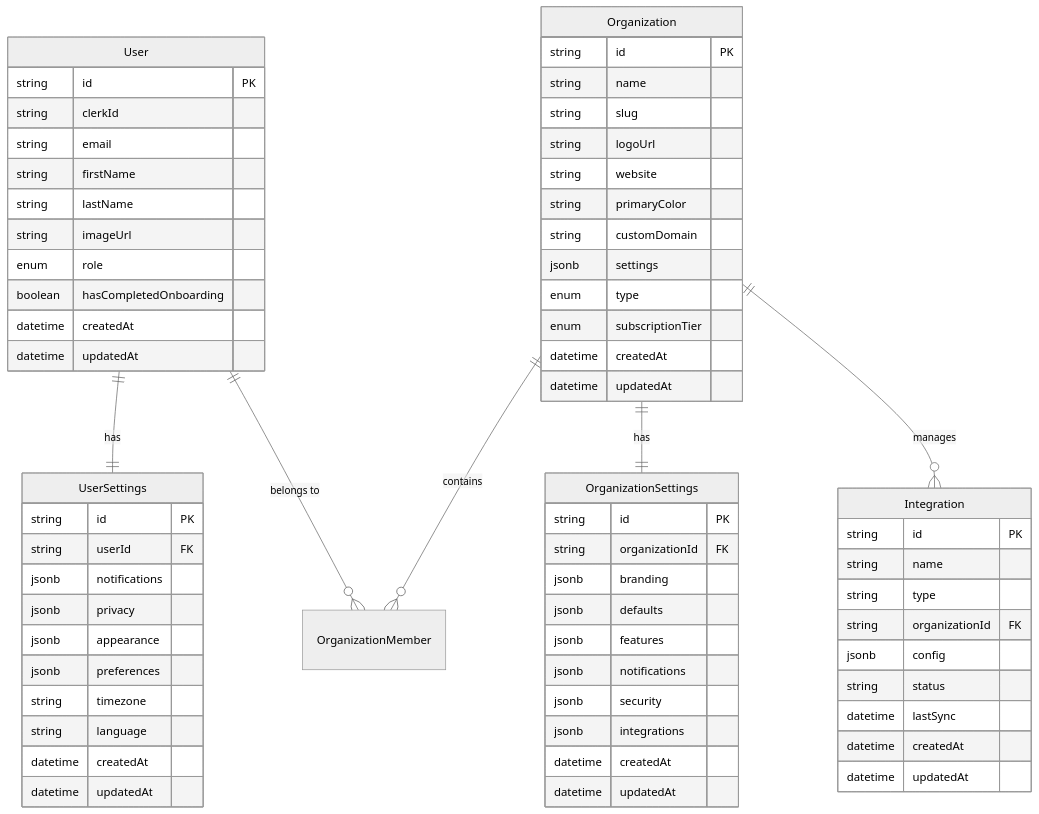
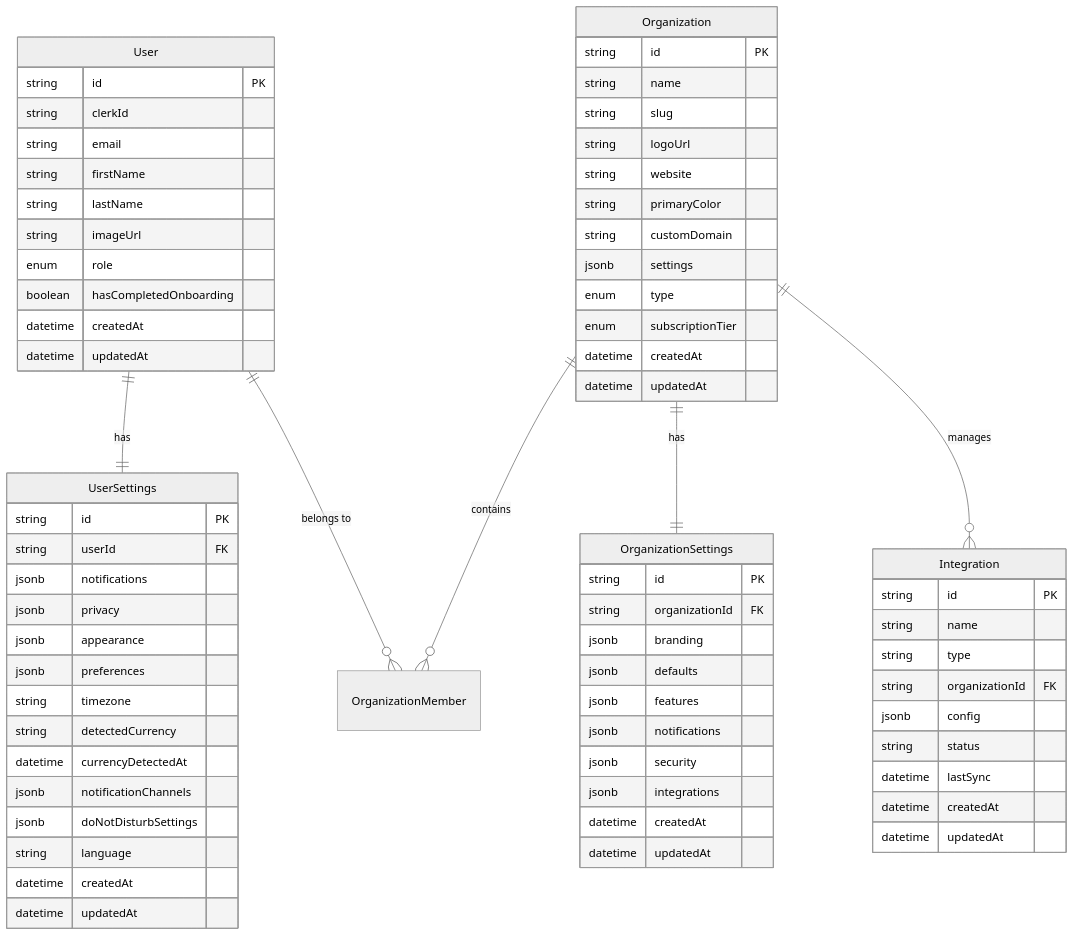
Before and after one commit to gedeza/thrive-send: the third of 5 diagrams in DOCS/AssessFlow-components-TDD/settings/Settings-TDD.md, drawn with Mermaid (neutral theme). The commit also changed other lines of this file and 8 other files, not shown here.

````diff
--- a/DOCS/AssessFlow-components-TDD/settings/Settings-TDD.md
+++ b/DOCS/AssessFlow-components-TDD/settings/Settings-TDD.md
@@ -135,74 +218,78 @@
 ```mermaid
 erDiagram
     User {
         string id PK
         string clerkId
         string email
         string firstName
         string lastName
         string imageUrl
         enum role
         boolean hasCompletedOnboarding
         datetime createdAt
         datetime updatedAt
     }
     
     UserSettings {
         string id PK
         string userId FK
         jsonb notifications
         jsonb privacy
         jsonb appearance
         jsonb preferences
         string timezone
+        string detectedCurrency
+        datetime currencyDetectedAt
+        jsonb notificationChannels
+        jsonb doNotDisturbSettings
         string language
         datetime createdAt
         datetime updatedAt
     }
     
     Organization {
         string id PK
         string name
         string slug
         string logoUrl
         string website
         string primaryColor
         string customDomain
         jsonb settings
         enum type
         enum subscriptionTier
         datetime createdAt
         datetime updatedAt
     }
     
     OrganizationSettings {
         string id PK
         string organizationId FK
         jsonb branding
         jsonb defaults
         jsonb features
         jsonb notifications
         jsonb security
         jsonb integrations
         datetime createdAt
         datetime updatedAt
     }
     
     Integration {
         string id PK
         string name
         string type
         string organizationId FK
         jsonb config
         string status
         datetime lastSync
         datetime createdAt
         datetime updatedAt
     }
     
     User ||--|| UserSettings : "has"
     Organization ||--|| OrganizationSettings : "has"
     Organization ||--o{ Integration : "manages"
     User ||--o{ OrganizationMember : "belongs to"
     Organization ||--o{ OrganizationMember : "contains"
 ```
````
